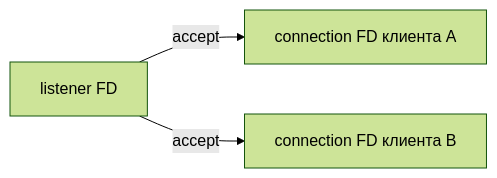
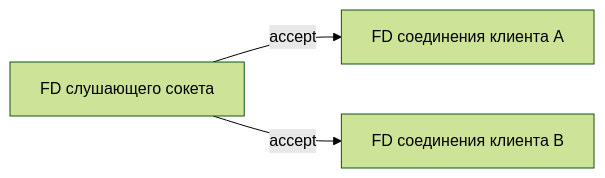
One commit to leary1337/vault changed the diagram in docs/linux/sockets.md. Above: the diagram before and after it, drawn with Mermaid (forest theme). The commit also changed other lines of this file and 325 other files, not shown here.

````diff
--- a/docs/linux/sockets.md
+++ b/docs/linux/sockets.md
@@ -43,5 +43,5 @@
 ```mermaid
 flowchart LR
-    L["listener FD"] -->|"accept"| A["connection FD клиента A"]
-    L -->|"accept"| B["connection FD клиента B"]
+    L["FD слушающего сокета"] -->|"accept"| A["FD соединения клиента A"]
+    L -->|"accept"| B["FD соединения клиента B"]
 ```
````
